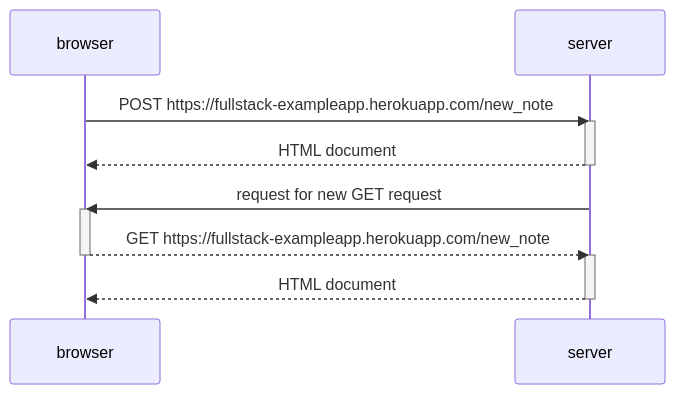
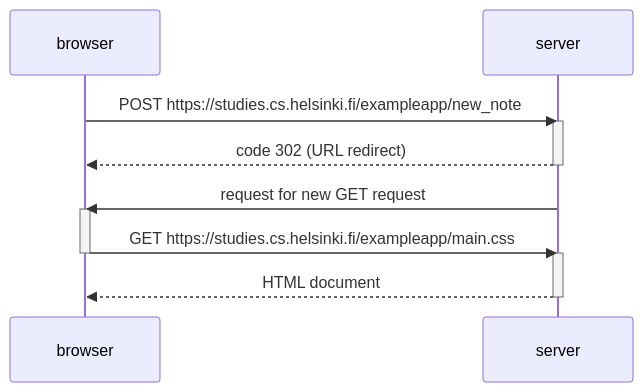
The first of 3 diagrams in part0/sequenceDiagram.md (lilotz/fullstack), drawn with Mermaid before and after one commit. The commit also changed other lines of this file, not shown here.

Commit message:
updated sequence diagrams

````diff
--- a/part0/sequenceDiagram.md
+++ b/part0/sequenceDiagram.md
@@ -2,18 +2,17 @@
 ```mermaid
 sequenceDiagram 
 participant browser
 participant server
 
-browser->>server: POST https://fullstack-exampleapp.herokuapp.com/new_note
+browser->>server: POST https://studies.cs.helsinki.fi/exampleapp/new_note
 activate server
-server-->>browser: HTML document
+server-->>browser: code 302 (URL redirect)
 deactivate server
-
 server->>browser: request for new GET request
 activate browser
-browser-->>server: GET https://fullstack-exampleapp.herokuapp.com/new_note
+browser->>server: GET https://studies.cs.helsinki.fi/exampleapp/main.css
 deactivate browser
 activate server
 server-->>browser: HTML document
 deactivate server
 ```
````
